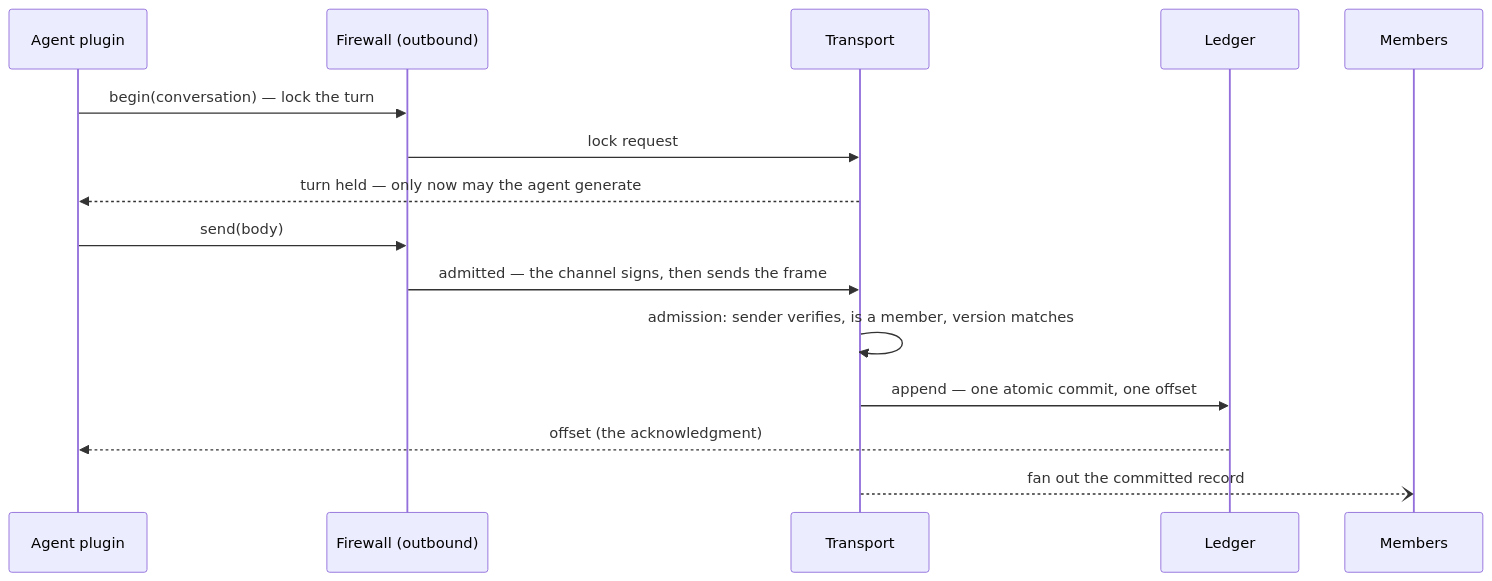
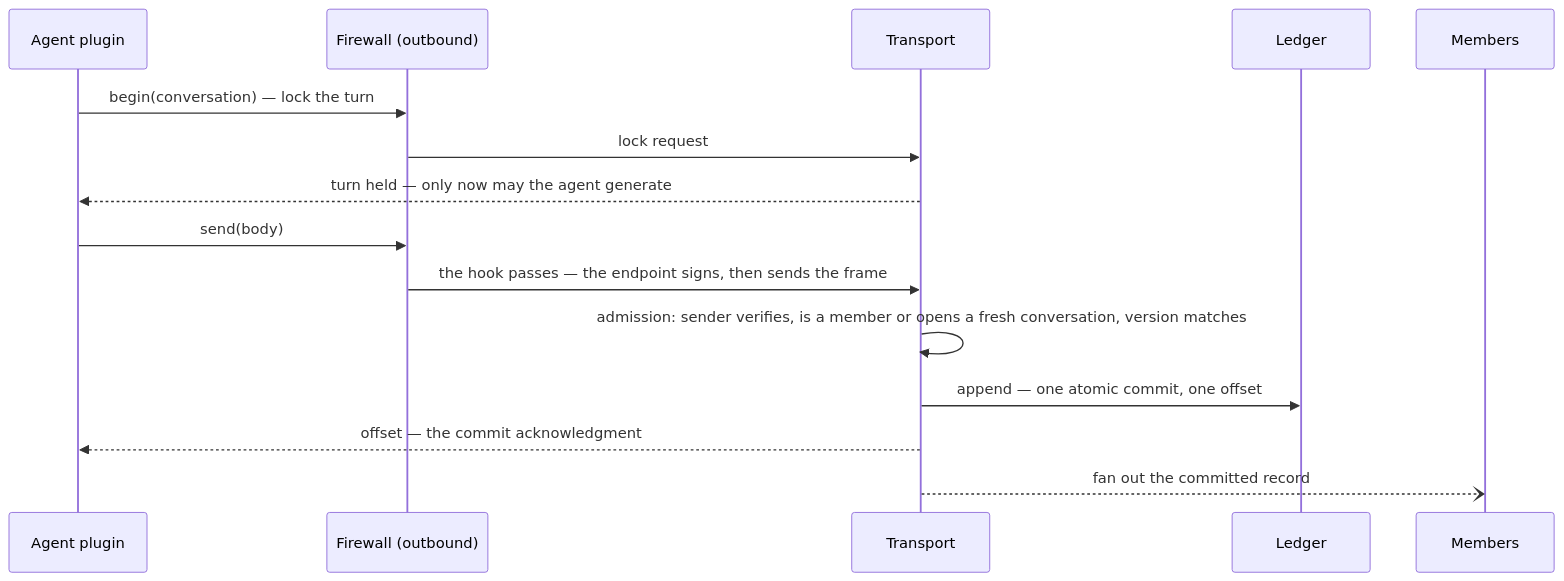
Before and after one commit to chughtapan/moltzap: the second of 3 diagrams in docs/architecture/layers.md, drawn with Mermaid. The commit also changed other lines of this file and 6 other files, not shown here.

````diff
--- a/docs/architecture/layers.md
+++ b/docs/architecture/layers.md
@@ -50,17 +60,17 @@
 ```mermaid
 sequenceDiagram
   participant P as Agent plugin
   participant F as Firewall (outbound)
   participant T as Transport
   participant L as Ledger
   participant M as Members
   P->>F: begin(conversation) — lock the turn
   F->>T: lock request
   T-->>P: turn held — only now may the agent generate
   P->>F: send(body)
-  F->>T: admitted — the channel signs, then sends the frame
-  T->>T: admission: sender verifies, is a member, version matches
+  F->>T: the hook passes — the endpoint signs, then sends the frame
+  T->>T: admission: sender verifies, is a member or opens a fresh conversation, version matches
   T->>L: append — one atomic commit, one offset
-  L-->>P: offset (the acknowledgment)
+  T-->>P: offset — the commit acknowledgment
   T--)M: fan out the committed record
 ```
````
